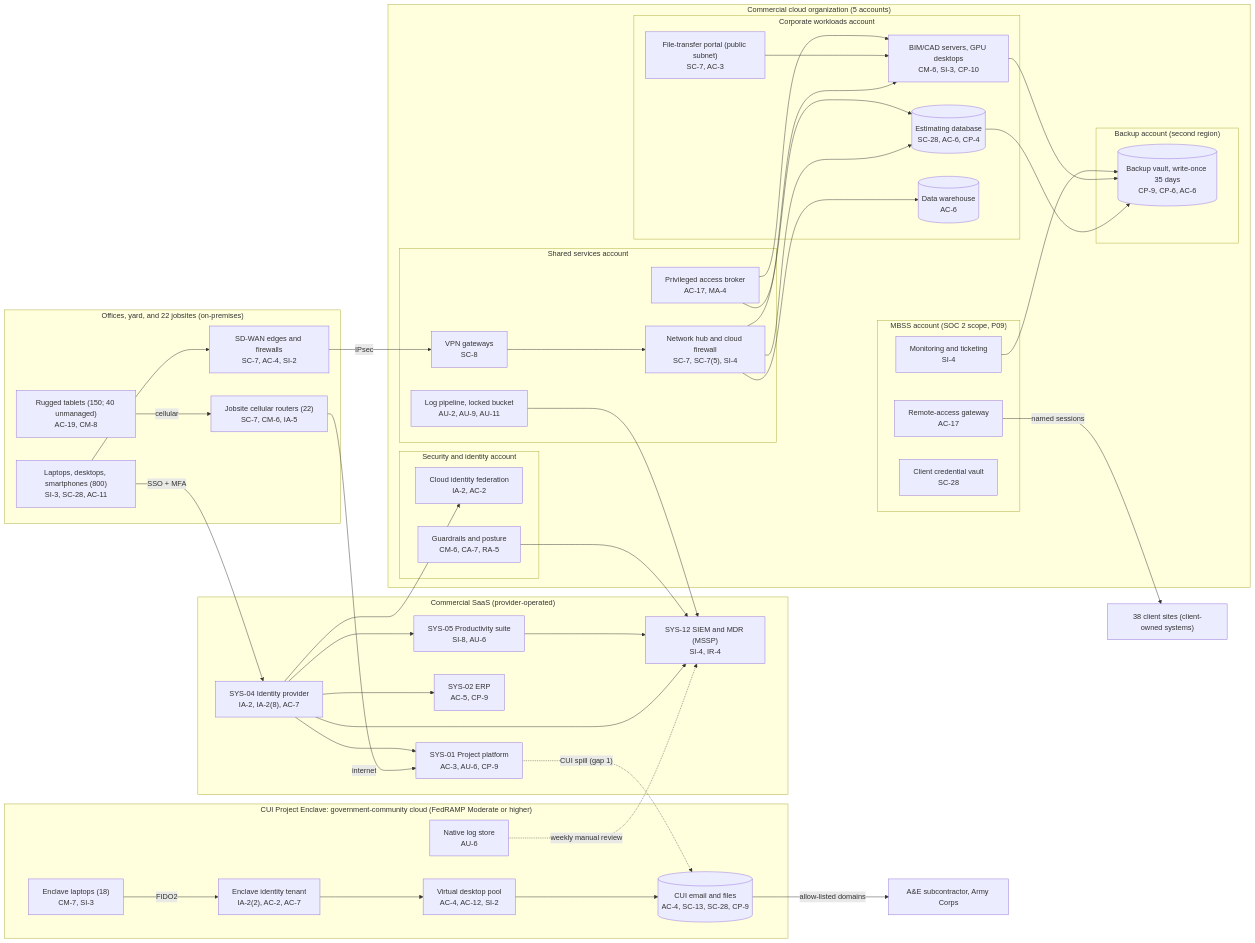
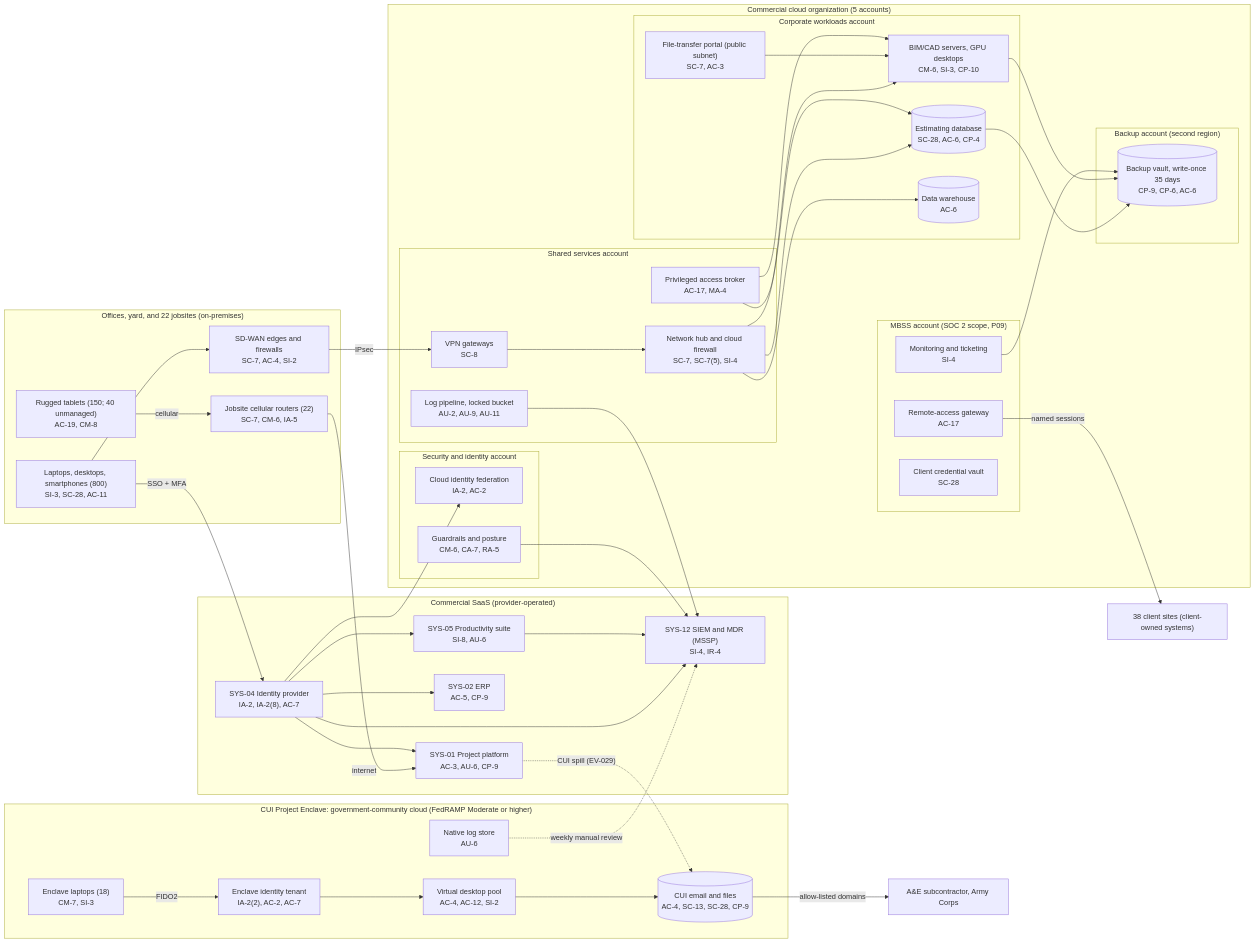
The diagram in 03_company-samples/construction/size-4_mid-market_commercial-general-contractor/step-03_P04_cloud-control-mapping/cloud-architecture.md (saint1415/GRC_Projects), drawn with Mermaid before and after one commit. The commit also changed other lines of this file and 155 other files, not shown here.

````diff
--- a/03_company-samples/construction/size-4_mid-market_commercial-general-contractor/step-03_P04_cloud-control-mapping/cloud-architecture.md
+++ b/03_company-samples/construction/size-4_mid-market_commercial-general-contractor/step-03_P04_cloud-control-mapping/cloud-architecture.md
@@ -9,79 +9,79 @@
 ```mermaid
 flowchart LR
   subgraph Field["Offices, yard, and 22 jobsites (on-premises)"]
     EP["Laptops, desktops, smartphones (800)<br/>SI-3, SC-28, AC-11"]
     TAB["Rugged tablets (150; 40 unmanaged)<br/>AC-19, CM-8"]
     JR["Jobsite cellular routers (22)<br/>SC-7, CM-6, IA-5"]
     SDW["SD-WAN edges and firewalls<br/>SC-7, AC-4, SI-2"]
   end
   subgraph SaaS["Commercial SaaS (provider-operated)"]
     IDP["SYS-04 Identity provider<br/>IA-2, IA-2(8), AC-7"]
     PM["SYS-01 Project platform<br/>AC-3, AU-6, CP-9"]
     ERP["SYS-02 ERP<br/>AC-5, CP-9"]
     SUITE["SYS-05 Productivity suite<br/>SI-8, AU-6"]
     SIEM["SYS-12 SIEM and MDR (MSSP)<br/>SI-4, IR-4"]
   end
   subgraph Org["Commercial cloud organization (5 accounts)"]
     subgraph SEC["Security and identity account"]
       FED["Cloud identity federation<br/>IA-2, AC-2"]
       GR["Guardrails and posture<br/>CM-6, CA-7, RA-5"]
     end
     subgraph SSA["Shared services account"]
       HUB["Network hub and cloud firewall<br/>SC-7, SC-7(5), SI-4"]
       VPN["VPN gateways<br/>SC-8"]
       PAB["Privileged access broker<br/>AC-17, MA-4"]
       LOG["Log pipeline, locked bucket<br/>AU-2, AU-9, AU-11"]
     end
     subgraph WLA["Corporate workloads account"]
       EST[("Estimating database<br/>SC-28, AC-6, CP-4")]
       BIM["BIM/CAD servers, GPU desktops<br/>CM-6, SI-3, CP-10"]
       FTP["File-transfer portal (public subnet)<br/>SC-7, AC-3"]
       DW[("Data warehouse<br/>AC-6")]
     end
     subgraph MBA["MBSS account (SOC 2 scope, P09)"]
       MON["Monitoring and ticketing<br/>SI-4"]
       RAG["Remote-access gateway<br/>AC-17"]
       VLT["Client credential vault<br/>SC-28"]
     end
     subgraph BKA["Backup account (second region)"]
       BK[("Backup vault, write-once 35 days<br/>CP-9, CP-6, AC-6")]
     end
   end
   subgraph CPE["CUI Project Enclave: government-community cloud (FedRAMP Moderate or higher)"]
     EID["Enclave identity tenant<br/>IA-2(2), AC-2, AC-7"]
     CS[("CUI email and files<br/>AC-4, SC-13, SC-28, CP-9")]
     VDI["Virtual desktop pool<br/>AC-4, AC-12, SI-2"]
     EL["Enclave laptops (18)<br/>CM-7, SI-3"]
     ELOG["Native log store<br/>AU-6"]
   end
   EP --> SDW
   TAB -->|cellular| JR
   JR -->|internet| PM
   EP -->|SSO + MFA| IDP
   IDP --> PM
   IDP --> ERP
   IDP --> SUITE
   IDP --> FED
   SDW -->|IPsec| VPN
   VPN --> HUB
   HUB --> EST
   HUB --> BIM
   HUB --> DW
   FTP --> BIM
   PAB --> BIM
   PAB --> EST
   RAG -->|named sessions| CLIENT["38 client sites (client-owned systems)"]
   EST --> BK
   BIM --> BK
   MON --> BK
   LOG --> SIEM
   IDP --> SIEM
   SUITE --> SIEM
   GR --> SIEM
   EL -->|FIDO2| EID
   EID --> VDI
   VDI --> CS
   CS -->|allow-listed domains| AE["A&E subcontractor, Army Corps"]
   ELOG -.->|weekly manual review| SIEM
-  PM -. "CUI spill (gap 1)" .-> CS
+  PM -. "CUI spill (EV-029)" .-> CS
 ```
````
